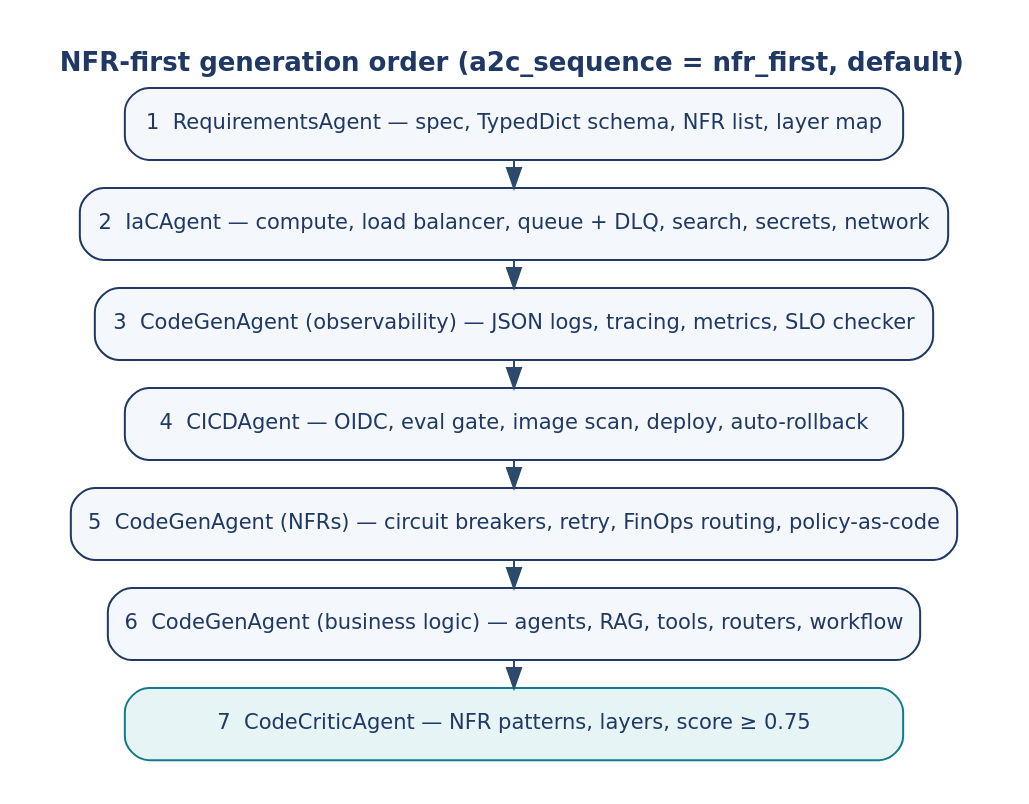
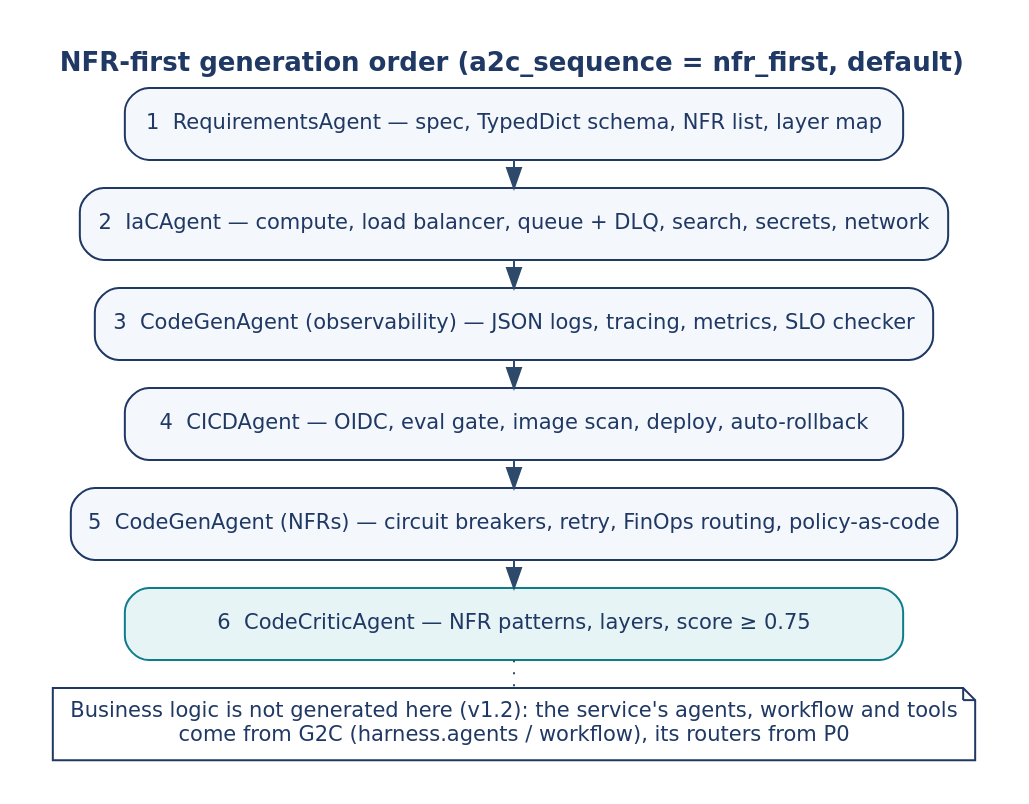
Before and after one commit to subhamviky/a2c-framework: the diagram in docs/design/a2c/diagrams/07_nfr_first.dot, drawn with Graphviz. The commit also changed 25 other files, not shown here.

```diff
--- a/docs/design/a2c/diagrams/07_nfr_first.dot
+++ b/docs/design/a2c/diagrams/07_nfr_first.dot
@@ -1,13 +1,13 @@
 digraph G {
   graph [rankdir=TB, fontname="DejaVu Sans", fontsize=13, labelloc=t, label=<<b>NFR-first generation order (a2c_sequence = nfr_first, default)</b>>, fontcolor="#1F3864", nodesep=0.3, ranksep=0.2, pad=0.2];
   node [shape=box, style="rounded,filled", fillcolor="#F4F8FC", color="#1F3864", fontname="DejaVu Sans", fontsize=10.5, fontcolor="#1F3864", margin="0.12,0.05", width=5.4];
   edge [color="#2E4A6B"];
   p1 [label="1  RequirementsAgent — spec, TypedDict schema, NFR list, layer map"];
   p2 [label="2  IaCAgent — compute, load balancer, queue + DLQ, search, secrets, network"];
   p3 [label="3  CodeGenAgent (observability) — JSON logs, tracing, metrics, SLO checker"];
   p4 [label="4  CICDAgent — OIDC, eval gate, image scan, deploy, auto-rollback"];
   p5 [label="5  CodeGenAgent (NFRs) — circuit breakers, retry, FinOps routing, policy-as-code"];
-  p6 [label="6  CodeGenAgent (business logic) — agents, RAG, tools, routers, workflow"];
-  p7 [label="7  CodeCriticAgent — NFR patterns, layers, score ≥ 0.75", fillcolor="#E6F4F5", color="#0F7C8C"];
-  p1->p2->p3->p4->p5->p6->p7;
+  p6 [label="6  CodeCriticAgent — NFR patterns, layers, score ≥ 0.75", fillcolor="#E6F4F5", color="#0F7C8C"];
+  g [label="Business logic is not generated here (v1.2): the service's agents, workflow and tools\ncome from G2C (harness.agents / workflow), its routers from P0", shape=note, fillcolor="#FFFFFF", width=6.2];
+  p1->p2->p3->p4->p5->p6; p6->g [style=dotted, arrowhead=none];
 }
```
